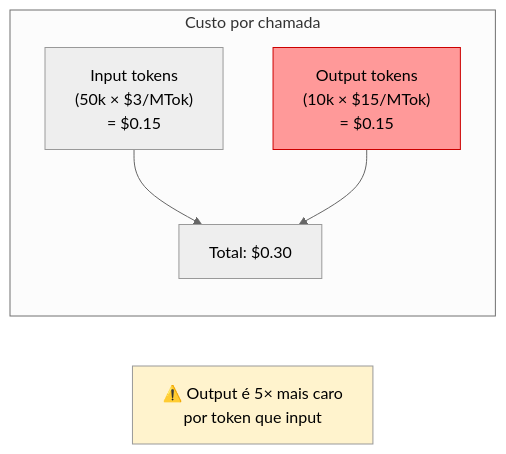
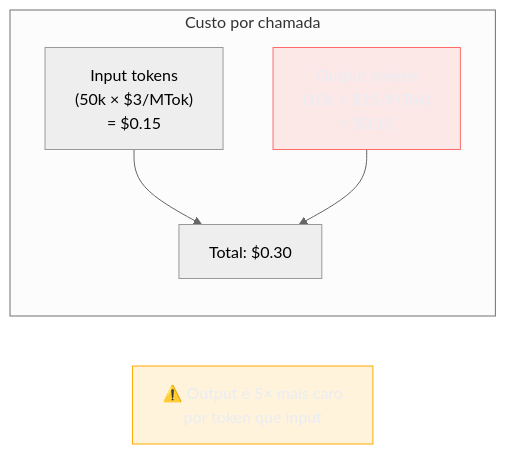
The first of 3 diagrams in 03-Dominios/Tecnologia/IA/Anatomia dos LLMs/12 - Pricing de APIs — como calcular custos.md (josenaldo/codex-technomanticus), drawn with Mermaid (neutral theme) before and after one commit. The commit also changed other lines of this file and 1181 other files, not shown here.

First line of the commit message:
fix(diagramas): paleta do sistema no lugar de cor cravada no markdown

````diff
--- a/03-Dominios/Tecnologia/IA/Anatomia dos LLMs/12 - Pricing de APIs — como calcular custos.md
+++ b/03-Dominios/Tecnologia/IA/Anatomia dos LLMs/12 - Pricing de APIs — como calcular custos.md
@@ -46,13 +46,15 @@
 ```mermaid
 graph LR
+    classDef falha fill:#FF6B6B24,stroke:#FF6B6B,color:#E9ECF2
+    classDef destaque fill:#FFAA0024,stroke:#FFAA00,color:#E9ECF2
     subgraph "Custo por chamada"
         I["Input tokens\n(50k × $3/MTok)\n= $0.15"]
         O["Output tokens\n(10k × $15/MTok)\n= $0.15"]
         T["Total: $0.30"]
     end
     I --> T
     O --> T
     note1["⚠️ Output é 5× mais caro\npor token que input"]
-    style O fill:#ff9999,stroke:#cc0000
-    style note1 fill:#fff3cd
+    class O falha
+    class note1 destaque
 ```
````
